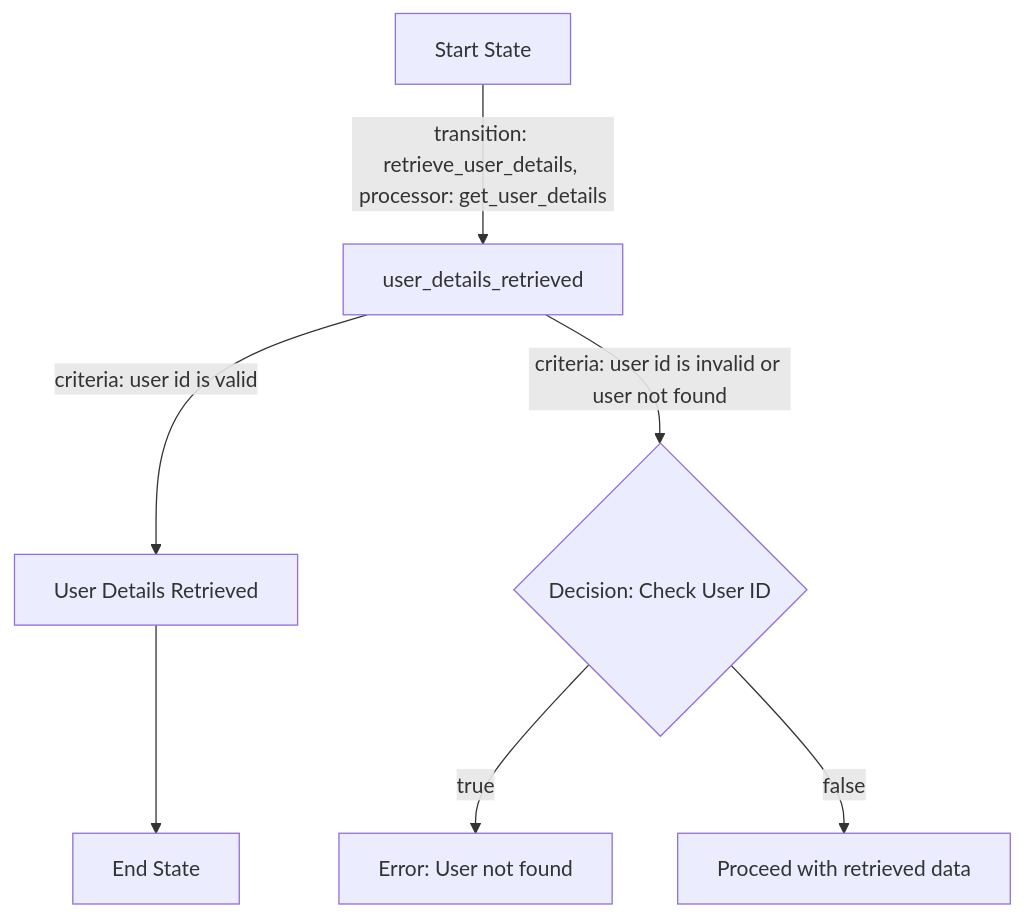
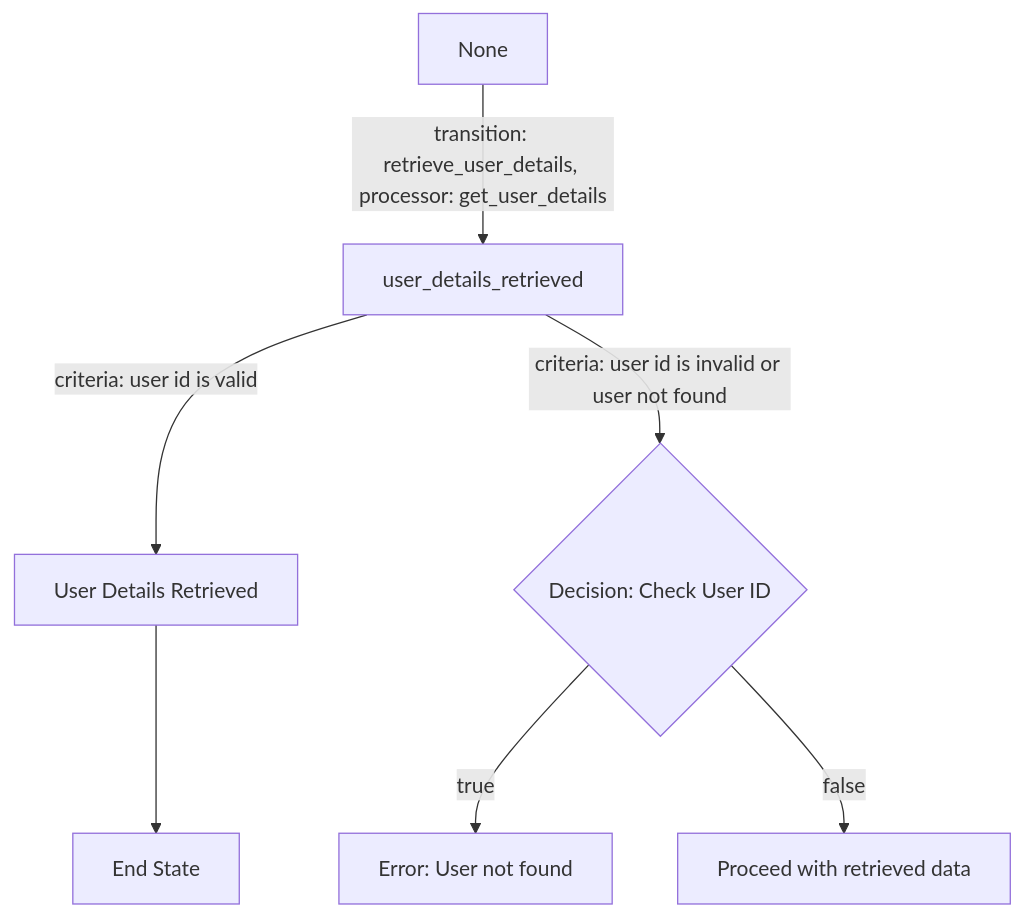
Before and after one commit to Cyoda-platform/quart-client-template: the second of 3 diagrams in entity/app_design_prd.md, drawn with Mermaid.

````diff
--- a/entity/app_design_prd.md
+++ b/entity/app_design_prd.md
@@ -40,13 +40,13 @@
 ```mermaid
 flowchart TD
-    A[Start State] -->|transition: retrieve_user_details, processor: get_user_details| B[user_details_retrieved]
+    A[None] -->|transition: retrieve_user_details, processor: get_user_details| B[user_details_retrieved]
     B -->|criteria: user id is valid| C[User Details Retrieved]
     C --> D[End State]
 
     %% Decision point for criteria
     B -->|criteria: user id is invalid or user not found| D1{Decision: Check User ID}
     D1 -->|true| E[Error: User not found]
     D1 -->|false| F[Proceed with retrieved data]
 
     class A,B,C,D,D1 automated;
 ```
````
